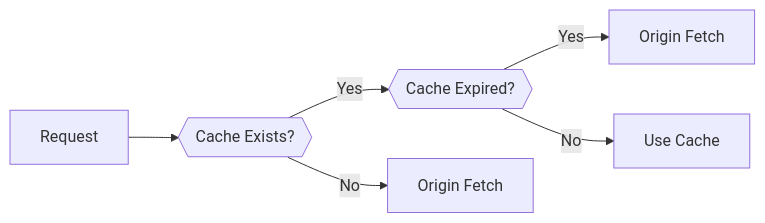
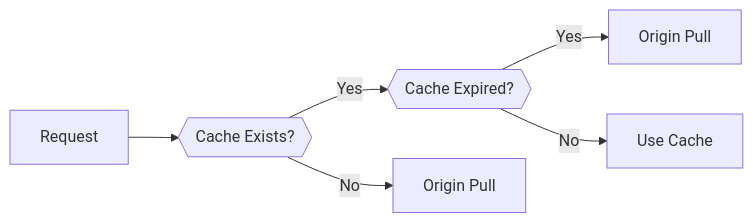
Before and after one commit to wdyjwdy/notes: the second of 2 diagrams in network/cdn.md, drawn with Mermaid. The commit also changed other lines of this file, not shown here.

````diff
--- a/network/cdn.md
+++ b/network/cdn.md
@@ -24,8 +27,8 @@
 ```mermaid
 flowchart LR
   Request --> A{{Cache Exists?}}
   A -- Yes --> B{{Cache Expired?}}
-  A -- No --> C[Origin Fetch]
-  B -- Yes --> D[Origin Fetch]
+  A -- No --> C[Origin Pull]
+  B -- Yes --> D[Origin Pull]
   B -- No --> E[Use Cache]
 ```
````
